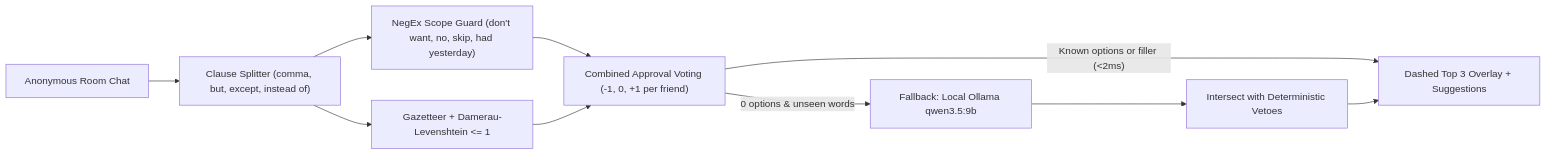
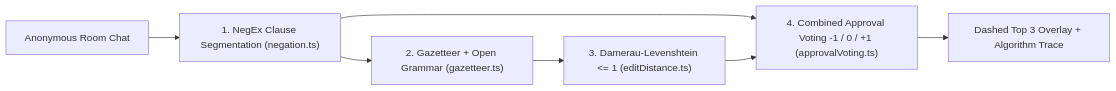
Before and after one commit to cnsaavedra/pickforus: the diagram in README.md, drawn with Mermaid. The commit also changed other lines of this file and 26 other files, not shown here.

Commit message:
Refactor PickForUs into a pure classical NLP and Combined Approval Voting learning repo

````diff
--- a/README.md
+++ b/README.md
@@ -63,12 +49,9 @@
 ```mermaid
 flowchart LR
-    Chat["Anonymous Room Chat"] --> Clauses["Clause Splitter (comma, but, except, instead of)"]
-    Clauses --> Neg["NegEx Scope Guard (don't want, no, skip, had yesterday)"]
-    Clauses --> Lex["Gazetteer + Damerau-Levenshtein <= 1"]
-    Neg --> CAV["Combined Approval Voting (-1, 0, +1 per friend)"]
-    Lex --> CAV
-    CAV -- "Known options or filler (<2ms)" --> Overlay["Dashed Top 3 Overlay + Suggestions"]
-    CAV -- "0 options & unseen words" --> Qwen["Fallback: Local Ollama qwen3.5:9b"]
-    Qwen --> Filter["Intersect with Deterministic Vetoes"]
-    Filter --> Overlay
+    Chat["Anonymous Room Chat"] --> NegEx["1. NegEx Clause Segmentation (negation.ts)"]
+    NegEx --> Gaz["2. Gazetteer + Open Grammar (gazetteer.ts)"]
+    Gaz --> Edit["3. Damerau-Levenshtein <= 1 (editDistance.ts)"]
+    NegEx --> CAV["4. Combined Approval Voting -1 / 0 / +1 (approvalVoting.ts)"]
+    Edit --> CAV
+    CAV --> Verdict["Dashed Top 3 Overlay + Algorithm Trace"]
 ```
````
